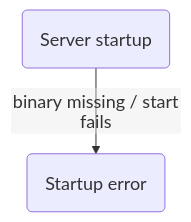
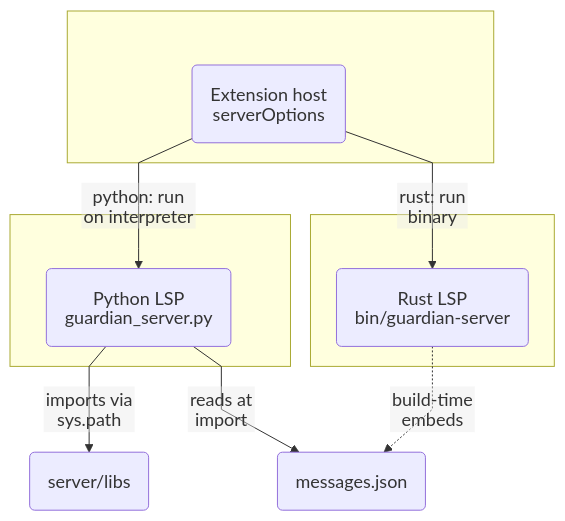
One commit to AashishTangnami/python-memory-guardian changed diagram 11 of 16 in docs/feature-map.md. Above: the diagram before and after it, drawn with Mermaid. The commit also changed other lines of this file and 6 other files, not shown here.

Commit message:
docs: consolidate feature-map diagrams and close source/doc gaps

````diff
--- a/docs/feature-map.md
+++ b/docs/feature-map.md
@@ -433,5 +395,18 @@
 ```mermaid
 %%{init: {"fontFamily":"Arial, sans-serif","themeVariables":{"fontSize":"18px","fontFamily":"Arial, sans-serif"},"flowchart":{"curve":"linear","nodeSpacing":32,"rankSpacing":40,"diagramPadding":8,"padding":18,"subGraphTitleMargin":{"top":10,"bottom":24},"htmlLabels":false},"layout":"dagre","htmlLabels":false,"themeCSS":".node rect, .cluster rect { rx: 10px; ry: 10px; } .label, .nodeLabel, .edgeLabel, .cluster-label { letter-spacing: normal; word-spacing: normal; } .edgeLabel rect { stroke: currentColor !important; stroke-width: 1px !important; stroke-dasharray: none; opacity: 1 !important; fill-opacity: 1; rx: 4px; ry: 4px; }"}}%%
 flowchart TD
-Start("Server startup") -->|binary missing / start fails| Error("Startup error")
+    subgraph EXT[" "]
+      Client("Extension host<br/>serverOptions")
+    end
+    subgraph PY[" "]
+      Python("Python LSP<br/>guardian_server.py")
+    end
+    subgraph RS[" "]
+      Rust("Rust LSP<br/>bin/guardian-server")
+    end
+    Client -->|python: run<br/>on interpreter| Python
+    Client -->|rust: run<br/>binary| Rust
+    Python -->|imports via<br/>sys.path| Libs("server/libs")
+    Python -->|reads at<br/>import| Msg("messages.json")
+    Rust -. build-time<br/>embeds .-> Msg
 ```
````
